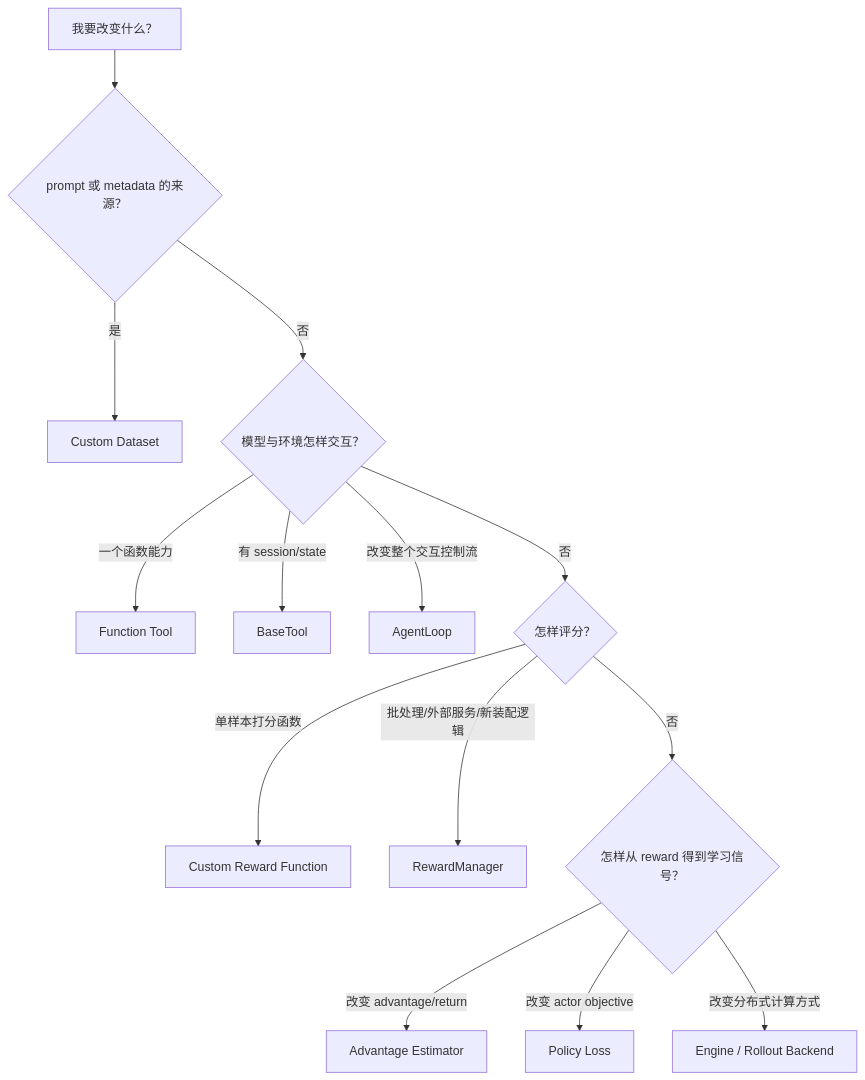
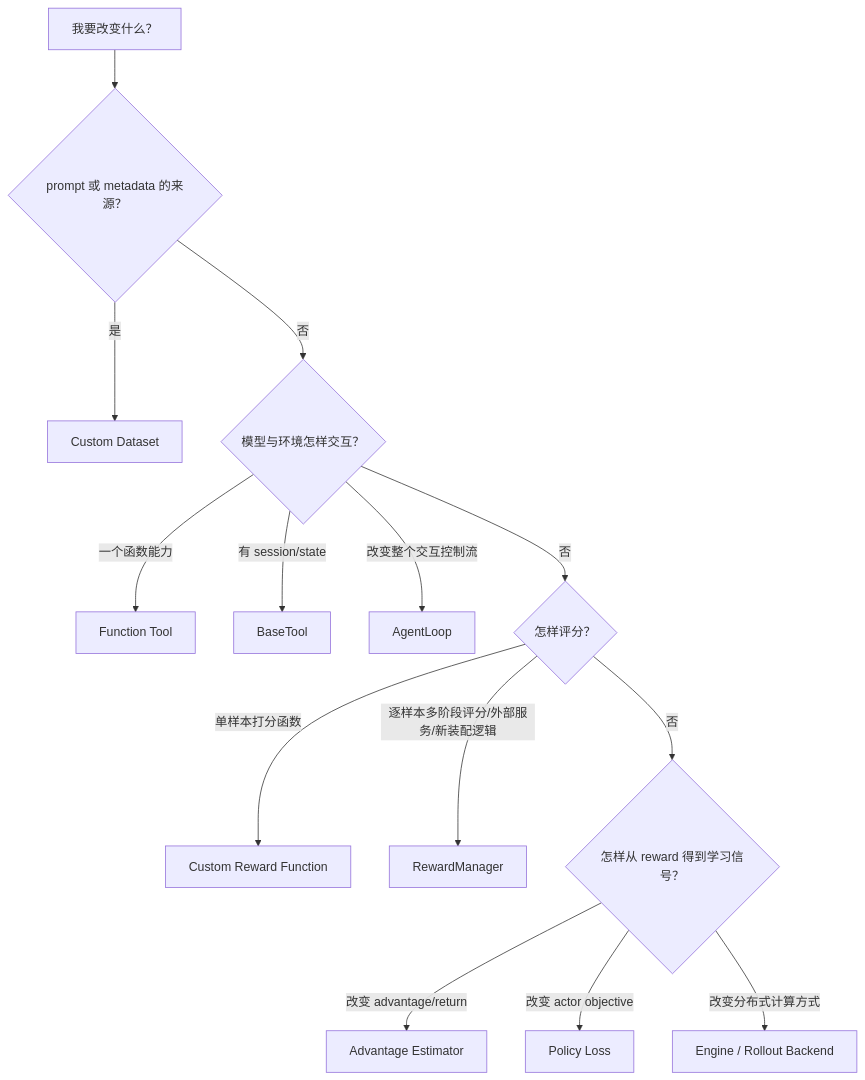
The first of 2 diagrams in docs-site/content/14_extension_and_debugging.md (BiboyQG/learn-verl), drawn with Mermaid before and after one commit. The commit also changed other lines of this file and 16 other files, not shown here.

````diff
--- a/docs-site/content/14_extension_and_debugging.md
+++ b/docs-site/content/14_extension_and_debugging.md
@@ -7,16 +7,16 @@
 ```mermaid
 flowchart TD
     Q["我要改变什么？"] --> D{"prompt 或 metadata 的来源？"}
     D -->|是| DS["Custom Dataset"]
     D -->|否| E{"模型与环境怎样交互？"}
     E -->|一个函数能力| FT["Function Tool"]
     E -->|有 session/state| BT["BaseTool"]
     E -->|改变整个交互控制流| AL["AgentLoop"]
     E -->|否| R{"怎样评分？"}
     R -->|单样本打分函数| RF["Custom Reward Function"]
-    R -->|批处理/外部服务/新装配逻辑| RM["RewardManager"]
+    R -->|逐样本多阶段评分/外部服务/新装配逻辑| RM["RewardManager"]
     R -->|否| A{"怎样从 reward 得到学习信号？"}
     A -->|改变 advantage/return| ADV["Advantage Estimator"]
     A -->|改变 actor objective| LOSS["Policy Loss"]
     A -->|改变分布式计算方式| ENG["Engine / Rollout Backend"]
 ```
````
